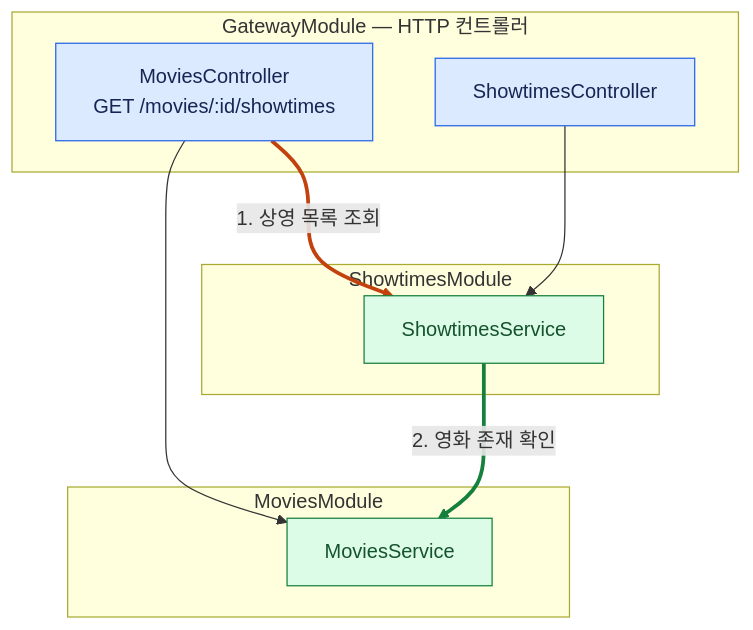
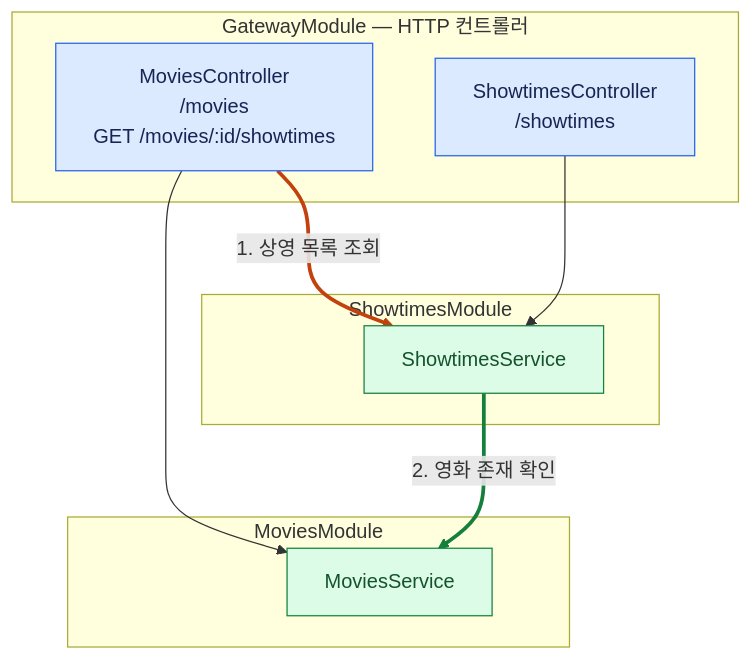
Before and after one commit to mannercode/nestjs-sola-example: the fourth of 5 diagrams in README.ko.md, drawn with Mermaid. The commit also changed other lines of this file and 1 other file, not shown here.

Commit message:
docs: show routes in controller dependency diagrams

````diff
--- a/README.ko.md
+++ b/README.ko.md
@@ -102,23 +102,23 @@
 ```mermaid
 flowchart TB
     subgraph GatewayModule["GatewayModule — HTTP 컨트롤러"]
-        MoviesController["MoviesController<br/>GET /movies/:id/showtimes"]
-        ShowtimesController["ShowtimesController"]
+        MoviesController["MoviesController<br/>/movies<br/>GET /movies/:id/showtimes"]
+        ShowtimesController["ShowtimesController<br/>/showtimes"]
     end
     subgraph ShowtimesModule["ShowtimesModule"]
         ShowtimesService["ShowtimesService"]
     end
     subgraph MoviesModule["MoviesModule"]
         MoviesService["MoviesService"]
     end
     MoviesController --> MoviesService
     ShowtimesController --> ShowtimesService
     MoviesController -->|"1. 상영 목록 조회"| ShowtimesService
     ShowtimesService -->|"2. 영화 존재 확인"| MoviesService
     classDef controller fill:#dbeafe,stroke:#2563eb,color:#172554
     classDef service fill:#dcfce7,stroke:#15803d,color:#14532d
     class MoviesController,ShowtimesController controller
     class MoviesService,ShowtimesService service
     linkStyle 2 stroke:#c2410c,stroke-width:3px
     linkStyle 3 stroke:#15803d,stroke-width:3px
 ```
````
